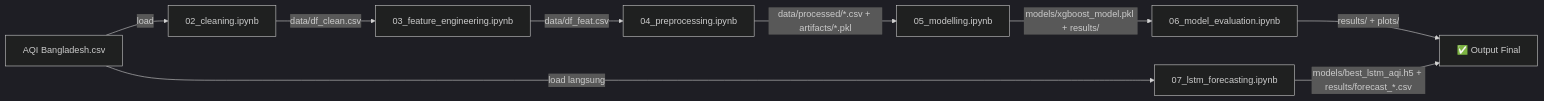
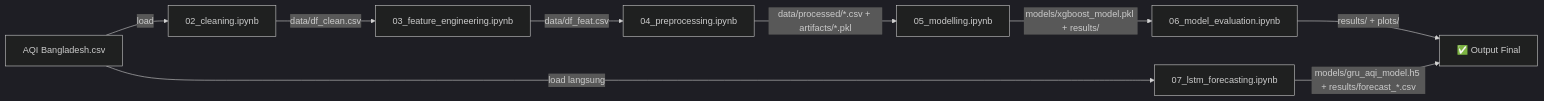
The first of 2 diagrams in README.md (faizhuda/daming-kelompok-7), drawn with Mermaid (dark theme) before and after one commit. The commit also changed other lines of this file and 8 other files, not shown here.

````diff
--- a/README.md
+++ b/README.md
@@ -157,11 +157,11 @@
 ```mermaid
 graph LR
     Raw["AQI Bangladesh.csv"] -->|load| N02["02_cleaning.ipynb"]
     N02 -->|data/df_clean.csv| N03["03_feature_engineering.ipynb"]
     N03 -->|data/df_feat.csv| N04["04_preprocessing.ipynb"]
     N04 -->|data/processed/*.csv + artifacts/*.pkl| N05["05_modelling.ipynb"]
     N05 -->|models/xgboost_model.pkl + results/| N06["06_model_evaluation.ipynb"]
     N06 -->|results/ + plots/| Done["✅ Output Final"]
     Raw -->|load langsung| N07["07_lstm_forecasting.ipynb"]
-    N07 -->|models/best_lstm_aqi.h5 + results/forecast_*.csv| Done
+    N07 -->|models/gru_aqi_model.h5 + results/forecast_*.csv| Done
 ```
````
